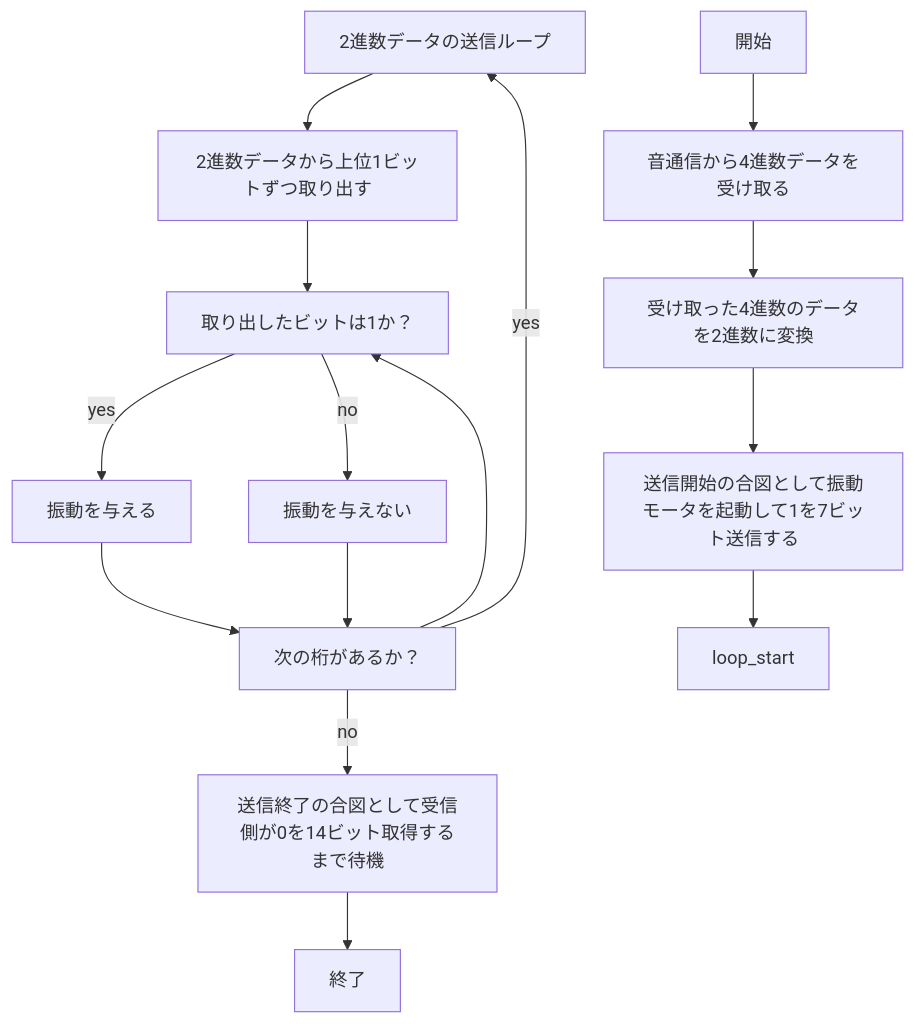
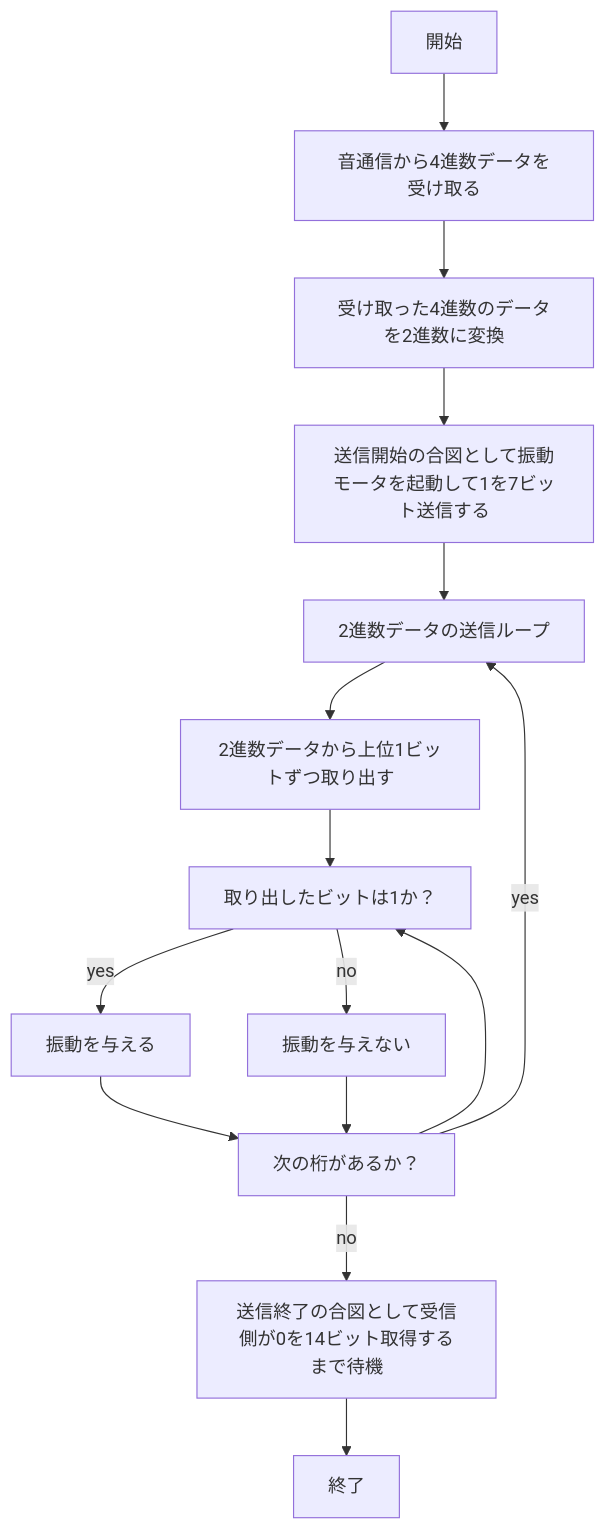
Before and after one commit to kanayuu0404/hakkason: the tenth of 12 diagrams in README.md, drawn with Mermaid.

Commit message:
フロチャ修正

````diff
--- a/README.md
+++ b/README.md
@@ -242,31 +242,31 @@
 ```mermaid
 flowchart TD;
 
 start["開始"]
 end1["終了"]
 uke["音通信から4進数データを受け取る"]
 hennkann["受け取った4進数のデータを2進数に変換"]
 aizu1["送信開始の合図として振動モータを起動して1を7ビット送信する"]
 loop1["2進数データの送信ループ"]
 toru["2進数データから上位1ビットずつ取り出す"]
 judge["取り出したビットは1か？"]
 on["振動を与える"]
 off["振動を与えない"]
 next["次の桁があるか？"]
 aizu2["送信終了の合図として受信側が0を14ビット取得するまで待機"]
 
 start --> uke
 uke --> hennkann
 hennkann --> aizu1
-aizu1 --> loop_start
+aizu1 --> loop1
 loop1 --> toru
 toru --> judge
 judge -->|yes| on
 judge -->|no| off
 on --> next
 off --> next
 next --> judge
 next -->|yes| loop1
 next -->|no| aizu2
 aizu2 --> end1
 ```
````
